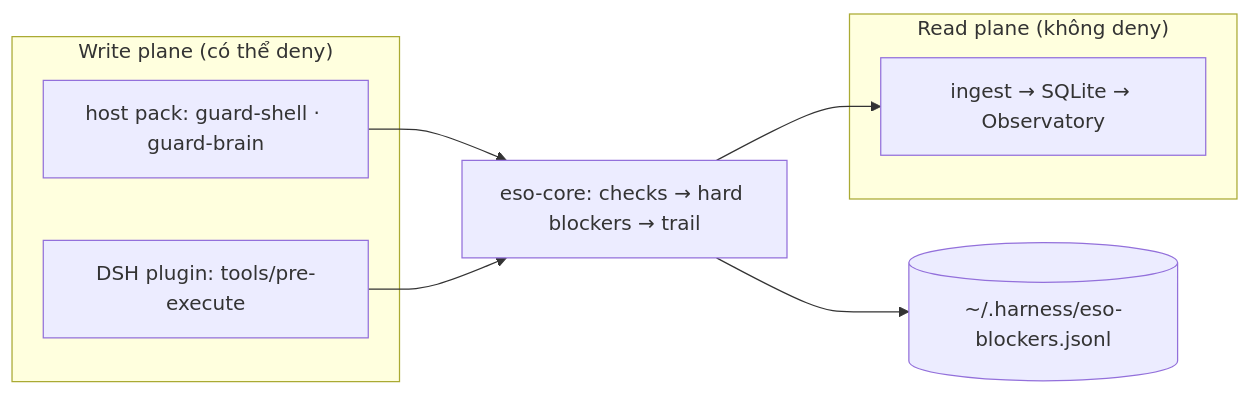
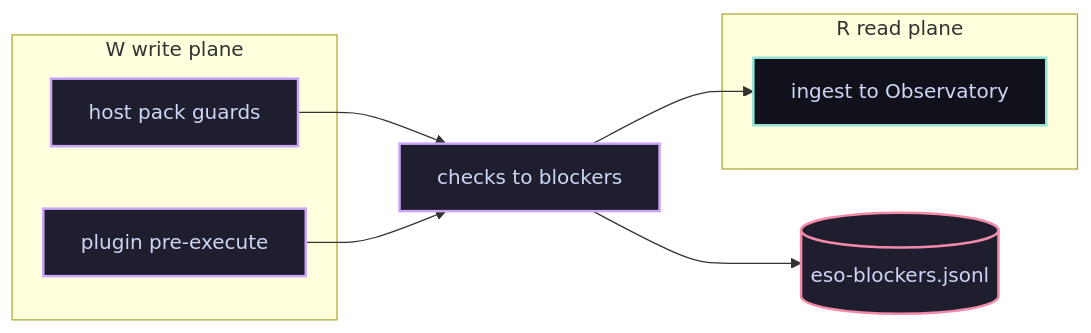
One commit to thangs2/harness-eso changed the fifth of 5 diagrams in documents/01.overview/03.architecture.md. Above: the diagram before and after it, drawn with Mermaid. The commit also changed 10 other files, not shown here.

First line of the commit message:
docs: redraw the how-it-works pack under one mermaid standard

````diff
--- a/documents/01.overview/03.architecture.md
+++ b/documents/01.overview/03.architecture.md
@@ -227,15 +227,20 @@
 ```mermaid
 flowchart LR
-  subgraph W["Write plane (có thể deny)"]
-    HPK["host pack: guard-shell · guard-brain"]
-    PLG["DSH plugin: tools/pre-execute"]
-  end
-  subgraph R["Read plane (không deny)"]
-    ING["ingest → SQLite → Observatory"]
-  end
-  CORE["eso-core: checks → hard blockers → trail"]
-  HPK --> CORE
-  PLG --> CORE
-  CORE --> TRAIL[("~/.harness/eso-blockers.jsonl")]
-  CORE --> ING
+    classDef w fill:#1e1e2e,stroke:#cba6f7,stroke-width:2px,color:#cdd6f4
+    classDef r fill:#11111b,stroke:#94e2d5,stroke-width:2px,color:#cdd6f4
+    classDef shared fill:#11111b,stroke:#a6e3a1,stroke-width:2px,color:#cdd6f4
+    classDef stop fill:#1e1e2e,stroke:#f38ba8,stroke-width:2px,color:#cdd6f4
+
+    subgraph W ["W write plane"]
+        HPK[host pack guards]:::w
+        PLG[plugin pre-execute]:::w
+    end
+    subgraph R ["R read plane"]
+        ING[ingest to Observatory]:::r
+    end
+    CORE[checks to blockers]:::w
+    HPK --> CORE
+    PLG --> CORE
+    CORE --> TRAIL[(eso-blockers.jsonl)]:::stop
+    CORE --> ING
 ```
````
